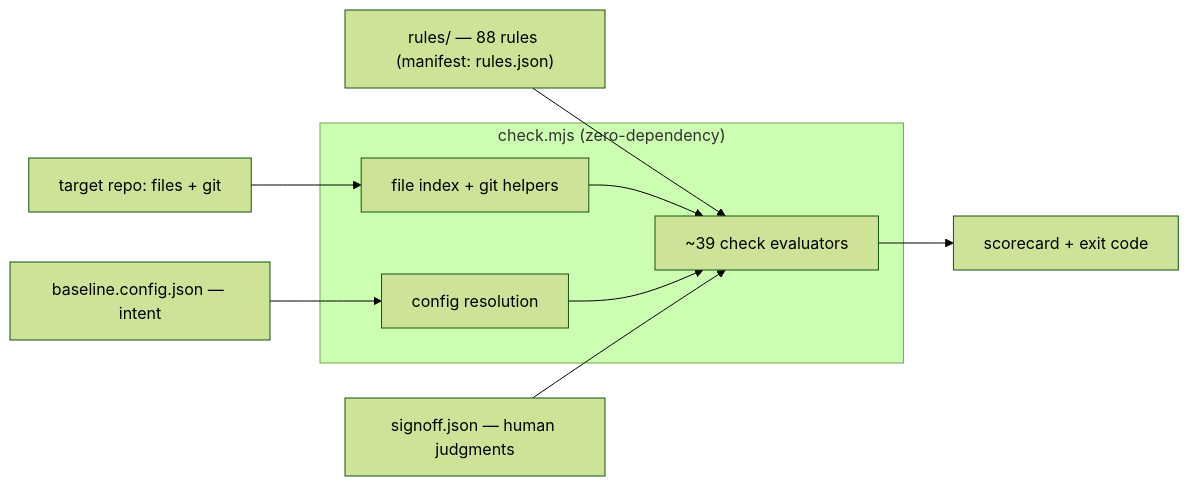
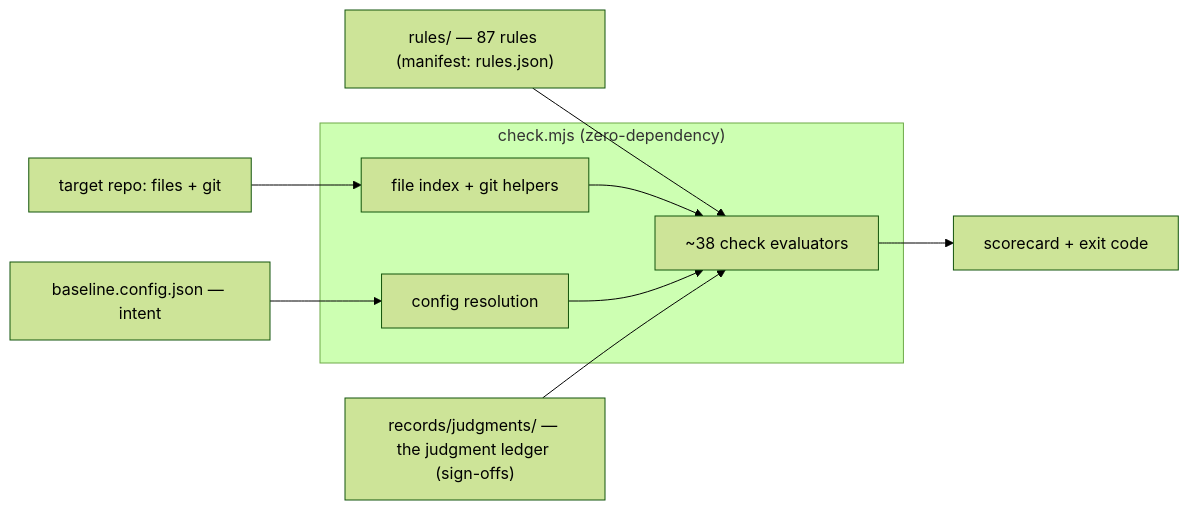
One commit to AdarGit008/baseline-demo changed the first of 3 diagrams in tools/baseline/REFERENCE.md. Above: the diagram before and after it, drawn with Mermaid (forest theme). The commit also changed other lines of this file and 46 other files, not shown here.

````diff
--- a/tools/baseline/REFERENCE.md
+++ b/tools/baseline/REFERENCE.md
@@ -58,12 +58,12 @@
 ```mermaid
 flowchart LR
   CFG["baseline.config.json — intent"] --> RES
-  RULES["rules/ — 88 rules (manifest: rules.json)"] --> EVAL
+  RULES["rules/ — 87 rules (manifest: rules.json)"] --> EVAL
   REPO["target repo: files + git"] --> IDX
   subgraph ENGINE["check.mjs (zero-dependency)"]
-    IDX["file index + git helpers"] --> EVAL["~39 check evaluators"]
+    IDX["file index + git helpers"] --> EVAL["~38 check evaluators"]
     RES["config resolution"] --> EVAL
   end
-  SO["signoff.json — human judgments"] --> EVAL
+  SO["records/judgments/ — the judgment ledger (sign-offs)"] --> EVAL
   EVAL --> OUT["scorecard + exit code"]
 ```
````
